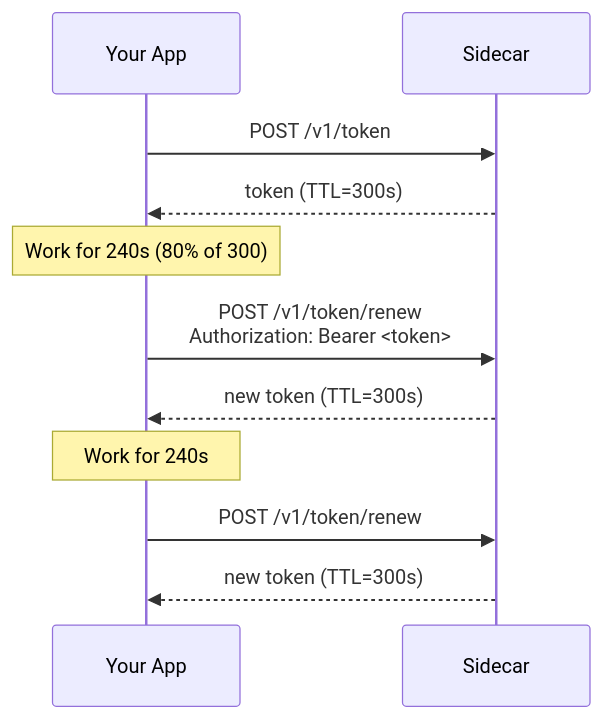
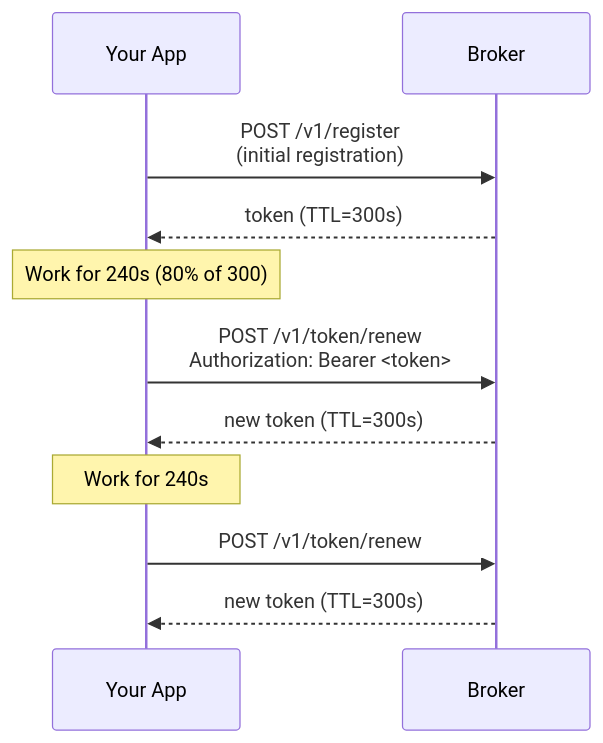
One commit to devonartis/agentwrit changed the second of 2 diagrams in docs/getting-started-developer.md. Above: the diagram before and after it, drawn with Mermaid. The commit also changed other lines of this file and 21 other files, not shown here.

````diff
--- a/docs/getting-started-developer.md
+++ b/docs/getting-started-developer.md
@@ -356,14 +347,14 @@
 ```mermaid
 sequenceDiagram
     participant App as Your App
-    participant SC as Sidecar
+    participant B as Broker
 
-    App->>SC: POST /v1/token
-    SC-->>App: token (TTL=300s)
+    App->>B: POST /v1/register<br/>(initial registration)
+    B-->>App: token (TTL=300s)
     Note over App: Work for 240s (80% of 300)
-    App->>SC: POST /v1/token/renew<br/>Authorization: Bearer <token>
-    SC-->>App: new token (TTL=300s)
+    App->>B: POST /v1/token/renew<br/>Authorization: Bearer <token>
+    B-->>App: new token (TTL=300s)
     Note over App: Work for 240s
-    App->>SC: POST /v1/token/renew
-    SC-->>App: new token (TTL=300s)
+    App->>B: POST /v1/token/renew
+    B-->>App: new token (TTL=300s)
 ```
````
